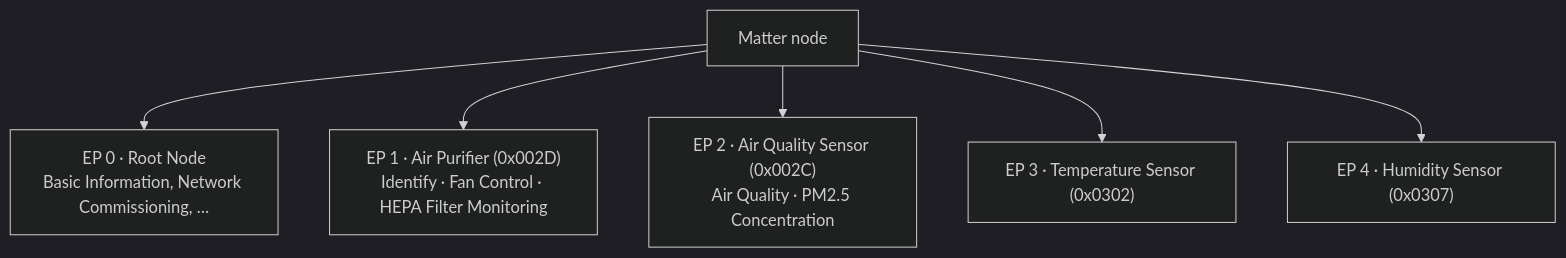
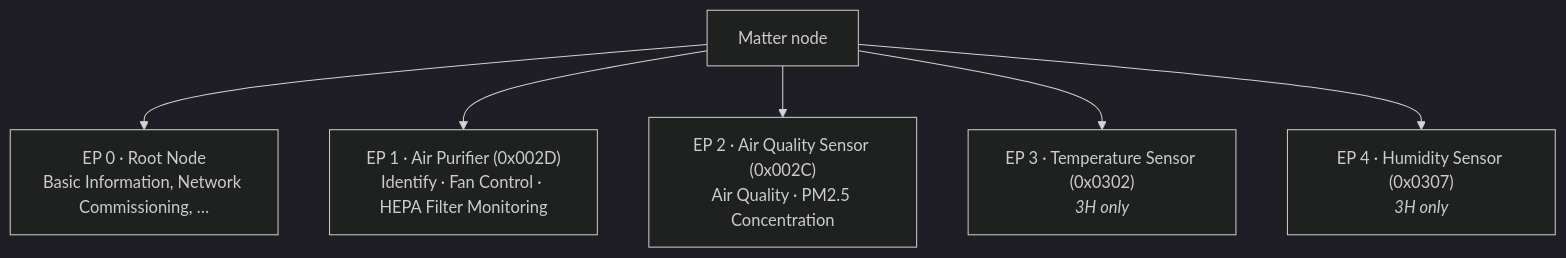
One commit to psytraxx/esp32-xiaomi-air-purifier-matter changed the third of 4 diagrams in README.md. Above: the diagram before and after it, drawn with Mermaid (dark theme). The commit also changed other lines of this file and 19 other files, not shown here.

````diff
--- a/README.md
+++ b/README.md
@@ -158,9 +189,9 @@
 ```mermaid
 flowchart TB
     node["Matter node"]
     node --> ep0["EP 0 · Root Node<br/>Basic Information, Network Commissioning, …"]
     node --> ep1["EP 1 · Air Purifier (0x002D)<br/>Identify · Fan Control · HEPA Filter Monitoring"]
     node --> ep2["EP 2 · Air Quality Sensor (0x002C)<br/>Air Quality · PM2.5 Concentration"]
-    node --> ep3["EP 3 · Temperature Sensor (0x0302)"]
-    node --> ep4["EP 4 · Humidity Sensor (0x0307)"]
+    node --> ep3["EP 3 · Temperature Sensor (0x0302)<br/><i>3H only</i>"]
+    node --> ep4["EP 4 · Humidity Sensor (0x0307)<br/><i>3H only</i>"]
 ```
````
